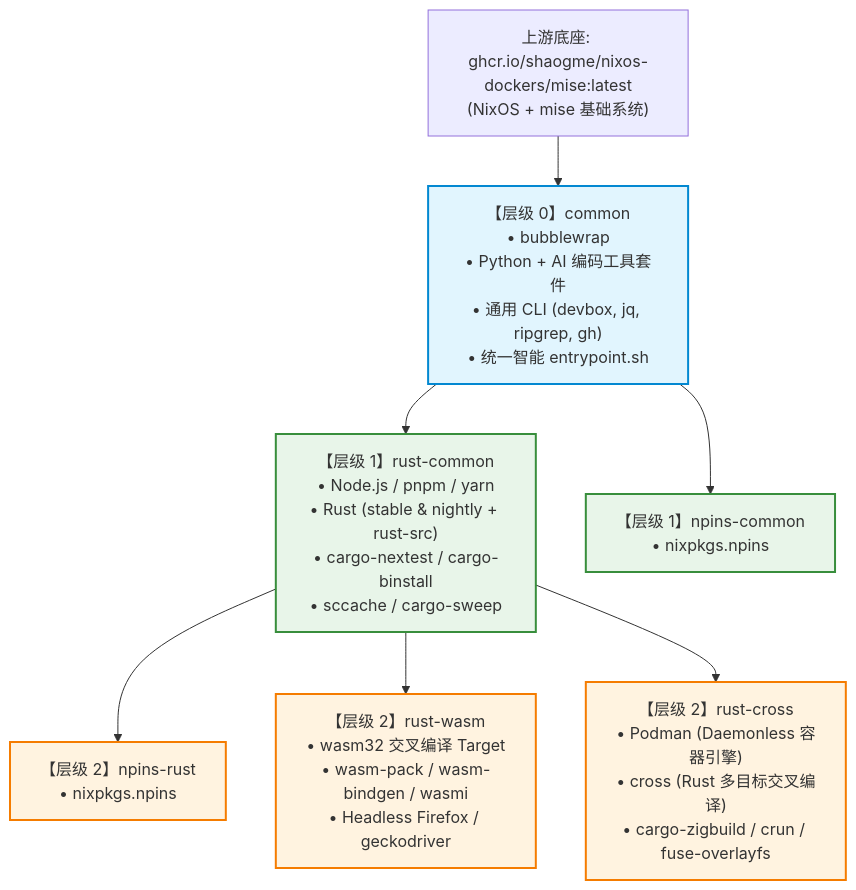
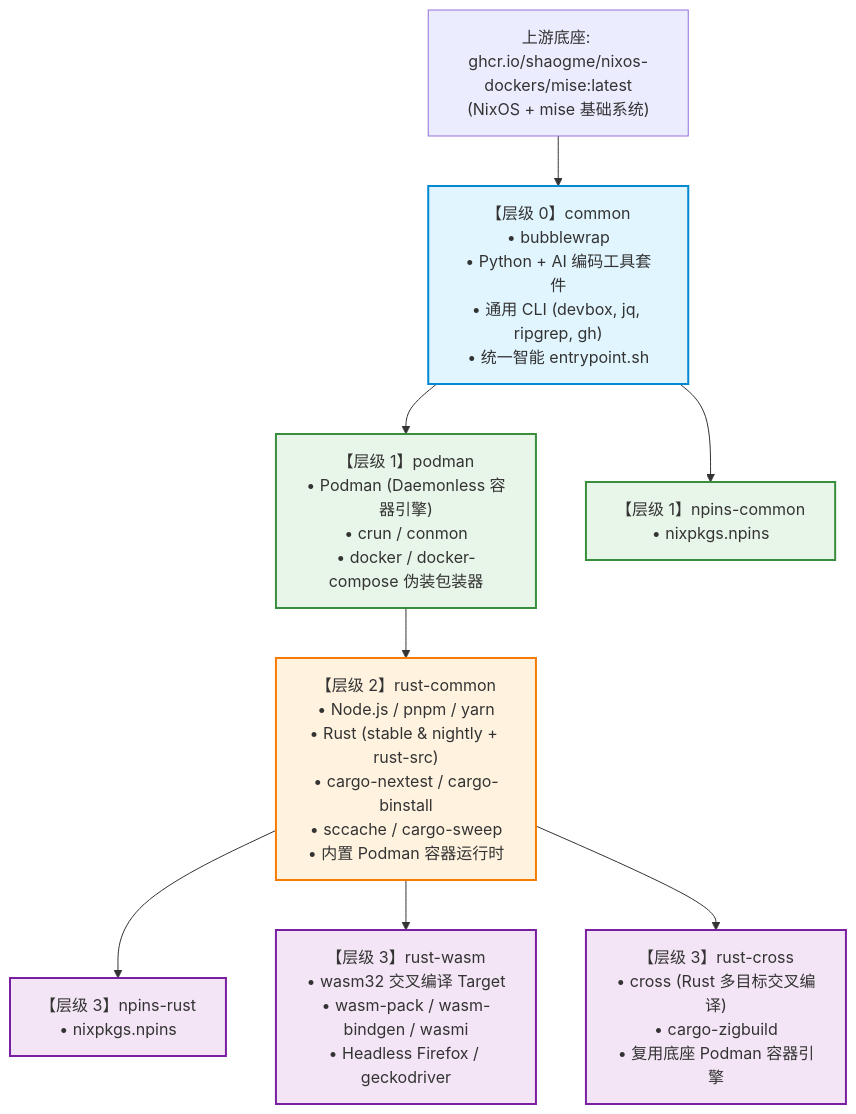
One commit to shaogme/coding-images changed the first of 5 diagrams in README.md. Above: the diagram before and after it, drawn with Mermaid. The commit also changed other lines of this file and 24 other files, not shown here.

````diff
--- a/README.md
+++ b/README.md
@@ -58,31 +59,36 @@
 ```mermaid
 flowchart TD
     Upstream["上游底座: ghcr.io/shaogme/nixos-dockers/mise:latest<br/>(NixOS + mise 基础系统)"]
     
     Common["【层级 0】common<br/>• bubblewrap<br/>• Python + AI 编码工具套件<br/>• 通用 CLI (devbox, jq, ripgrep, gh)<br/>• 统一智能 entrypoint.sh"]
-    
-    RustCommon["【层级 1】rust-common<br/>• Node.js / pnpm / yarn<br/>• Rust (stable & nightly + rust-src)<br/>• cargo-nextest / cargo-binstall<br/>• sccache / cargo-sweep"]
+
+    Podman["【层级 1】podman<br/>• Podman (Daemonless 容器引擎)<br/>• crun / conmon<br/>• docker / docker-compose 伪装包装器"]
     
     NpinsCommon["【层级 1】npins-common<br/>• nixpkgs.npins"]
+
+    RustCommon["【层级 2】rust-common<br/>• Node.js / pnpm / yarn<br/>• Rust (stable & nightly + rust-src)<br/>• cargo-nextest / cargo-binstall<br/>• sccache / cargo-sweep<br/>• 内置 Podman 容器运行时"]
     
-    RustWasm["【层级 2】rust-wasm<br/>• wasm32 交叉编译 Target<br/>• wasm-pack / wasm-bindgen / wasmi<br/>• Headless Firefox / geckodriver"]
+    RustWasm["【层级 3】rust-wasm<br/>• wasm32 交叉编译 Target<br/>• wasm-pack / wasm-bindgen / wasmi<br/>• Headless Firefox / geckodriver"]
     
-    RustCross["【层级 2】rust-cross<br/>• Podman (Daemonless 容器引擎)<br/>• cross (Rust 多目标交叉编译)<br/>• cargo-zigbuild / crun / fuse-overlayfs"]
+    RustCross["【层级 3】rust-cross<br/>• cross (Rust 多目标交叉编译)<br/>• cargo-zigbuild<br/>• 复用底座 Podman 容器引擎"]
 
-    NpinsRust["【层级 2】npins-rust<br/>• nixpkgs.npins"]
+    NpinsRust["【层级 3】npins-rust<br/>• nixpkgs.npins"]
 
     Upstream --> Common
+    Common --> Podman
     Common --> NpinsCommon
-    Common --> RustCommon
+    Podman --> RustCommon
     RustCommon --> NpinsRust
     RustCommon --> RustWasm
     RustCommon --> RustCross
 
     classDef base fill:#e1f5fe,stroke:#0288d1,stroke-width:2px;
     classDef l1 fill:#e8f5e9,stroke:#388e3c,stroke-width:2px;
     classDef l2 fill:#fff3e0,stroke:#f57c00,stroke-width:2px;
+    classDef l3 fill:#f3e5f5,stroke:#7b1fa2,stroke-width:2px;
 
     class Common base;
-    class NpinsCommon,RustCommon l1;
-    class NpinsRust,RustWasm,RustCross l2;
+    class Podman,NpinsCommon l1;
+    class RustCommon l2;
+    class NpinsRust,RustWasm,RustCross l3;
 ```
````
